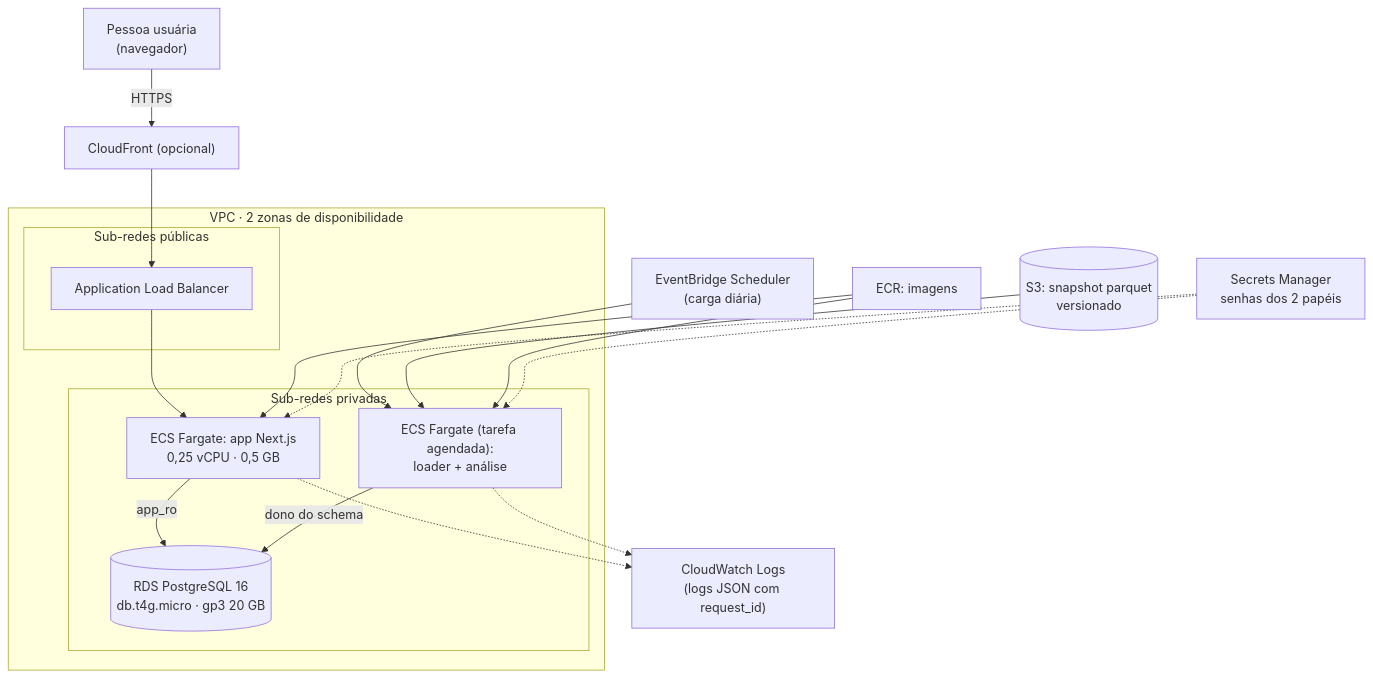
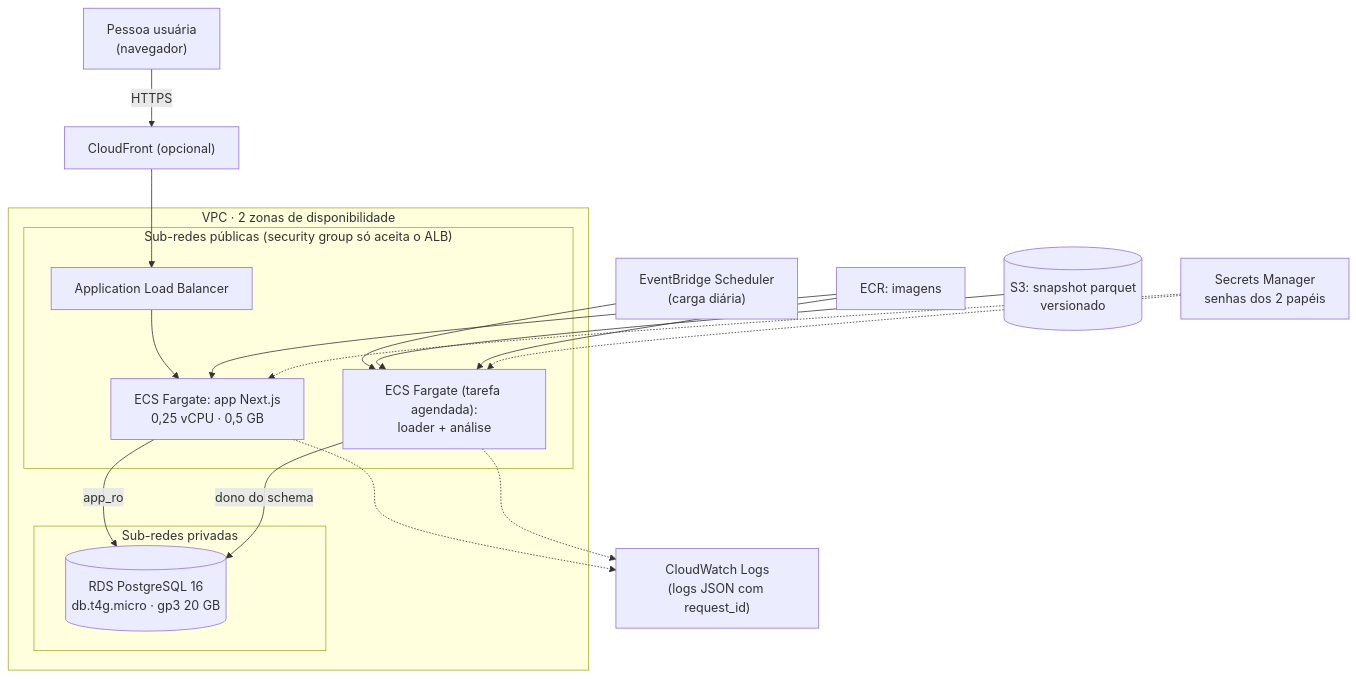
The second of 2 diagrams in docs/arquitetura/arquitetura.md (ViniciusSouzadata/case-acaso), drawn with Mermaid before and after one commit. The commit also changed other lines of this file and 2 other files, not shown here.

````diff
--- a/docs/arquitetura/arquitetura.md
+++ b/docs/arquitetura/arquitetura.md
@@ -27,26 +27,26 @@
 ```mermaid
 flowchart TB
   U["Pessoa usuária<br/>(navegador)"] -->|HTTPS| CF["CloudFront (opcional)"]
   CF --> ALB["Application Load Balancer"]
   subgraph VPC["VPC · 2 zonas de disponibilidade"]
-    subgraph PUB["Sub-redes públicas"]
+    subgraph PUB["Sub-redes públicas (security group só aceita o ALB)"]
       ALB
+      APP["ECS Fargate: app Next.js<br/>0,25 vCPU · 0,5 GB"]
+      LOAD["ECS Fargate (tarefa agendada):<br/>loader + análise"]
     end
     subgraph PRIV["Sub-redes privadas"]
-      APP["ECS Fargate: app Next.js<br/>0,25 vCPU · 0,5 GB"]
-      LOAD["ECS Fargate (tarefa agendada):<br/>loader + análise"]
       RDS[("RDS PostgreSQL 16<br/>db.t4g.micro · gp3 20 GB")]
     end
   end
   ALB --> APP
   APP -->|app_ro| RDS
   LOAD -->|dono do schema| RDS
   EB["EventBridge Scheduler<br/>(carga diária)"] --> LOAD
   S3[("S3: snapshot parquet<br/>versionado")] --> LOAD
   ECR["ECR: imagens"] --> APP
   ECR --> LOAD
   SM["Secrets Manager<br/>senhas dos 2 papéis"] -.-> APP
   SM -.-> LOAD
   APP -.-> CW["CloudWatch Logs<br/>(logs JSON com request_id)"]
   LOAD -.-> CW
 ```
````
